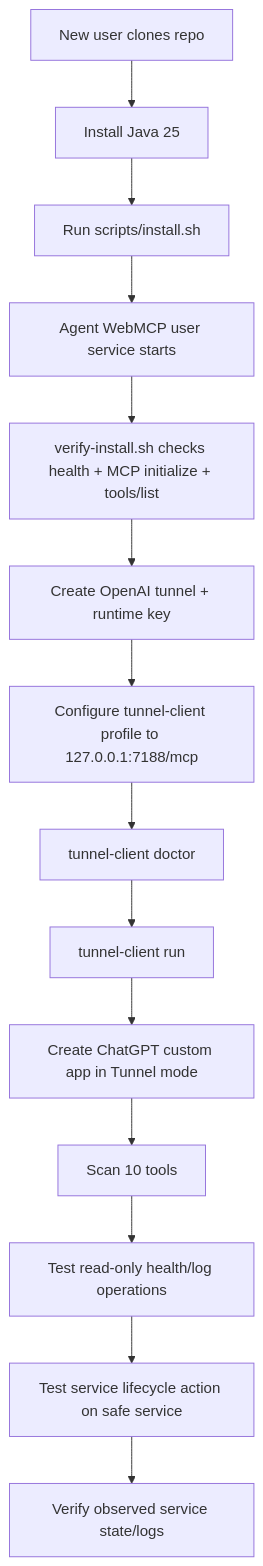
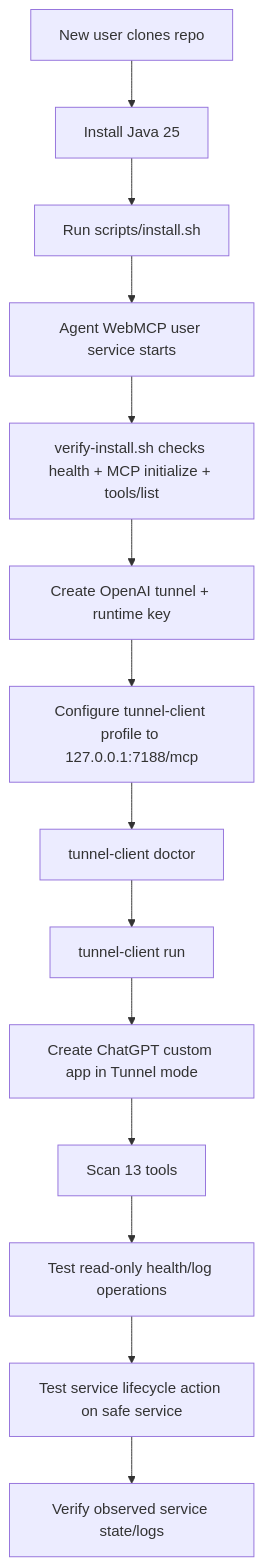
Before and after one commit to tjXJNOOBIE/agent-webmcp: the seventh of 7 diagrams in README.md, drawn with Mermaid. The commit also changed other lines of this file and 43 other files, not shown here.

````diff
--- a/README.md
+++ b/README.md
@@ -255,16 +301,16 @@
 ```mermaid
 flowchart TD
     A[New user clones repo] --> B[Install Java 25]
     B --> C[Run scripts/install.sh]
     C --> D[Agent WebMCP user service starts]
     D --> E[verify-install.sh checks health + MCP initialize + tools/list]
     E --> F[Create OpenAI tunnel + runtime key]
     F --> G[Configure tunnel-client profile to 127.0.0.1:7188/mcp]
     G --> H[tunnel-client doctor]
     H --> I[tunnel-client run]
     I --> J[Create ChatGPT custom app in Tunnel mode]
-    J --> K[Scan 10 tools]
+    J --> K[Scan 13 tools]
     K --> L[Test read-only health/log operations]
     L --> M[Test service lifecycle action on safe service]
     M --> N[Verify observed service state/logs]
 ```
````
